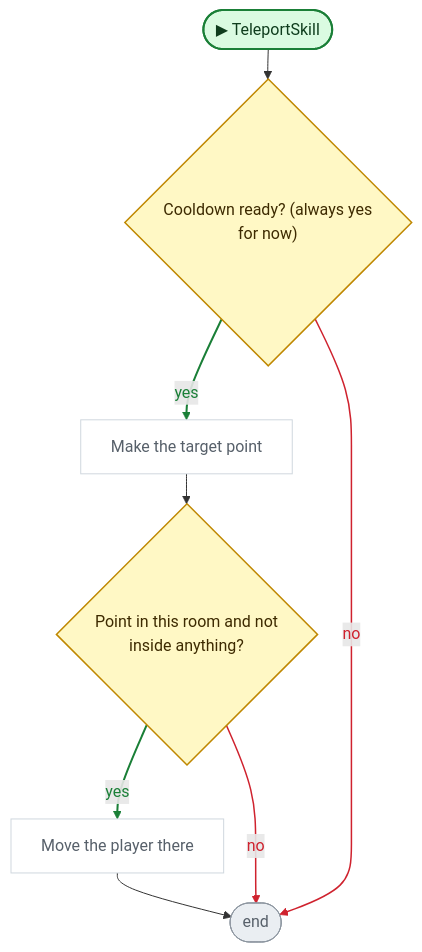
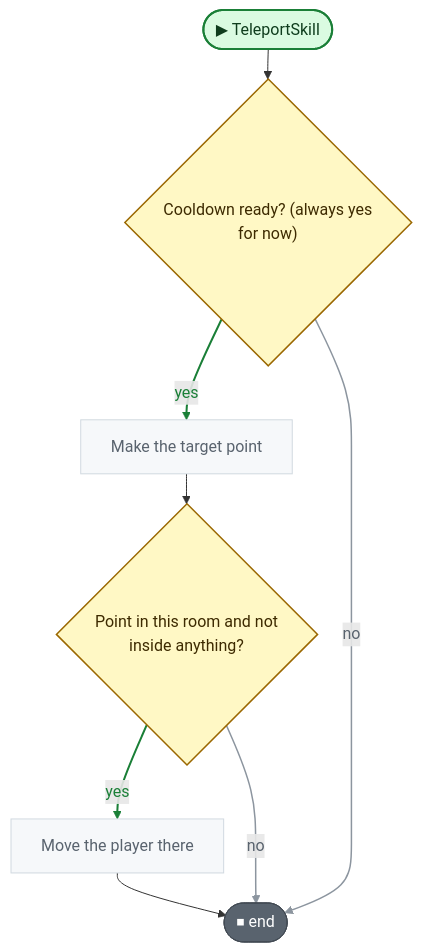
The seventh of 7 diagrams in CodeGraph~/graph/GameManager.cs.md (nataiai/Lord-of-the-Dungeon), drawn with Mermaid before and after one commit. The commit also changed other lines of this file and 57 other files, not shown here.

````diff
--- a/CodeGraph~/graph/GameManager.cs.md
+++ b/CodeGraph~/graph/GameManager.cs.md
@@ -398,45 +417,45 @@
 ```mermaid
 ---
 config:
   flowchart:
     wrappingWidth: 260
     nodeSpacing: 26
     rankSpacing: 30
 ---
 flowchart TD
   nS(["▶ TeleportSkill"])
   n0b2551{"Cooldown ready? (always yes<br>for now)"}
   nceed3c["Make the target point"]
   n7d9437{"Point in this room and not<br>inside anything?"}
   n2d48fa["Move the player there"]
-  nE(["end"])
+  nE(["⏹ end"])
   nS --> n0b2551
   n0b2551 -->|yes| nceed3c
   nceed3c --> n7d9437
   n7d9437 -->|yes| n2d48fa
   n2d48fa --> nE
   n7d9437 -->|no| nE
   n0b2551 -->|no| nE
   linkStyle 1 stroke:#1a7f37,stroke-width:2px,color:#1a7f37
   linkStyle 3 stroke:#1a7f37,stroke-width:2px,color:#1a7f37
-  linkStyle 5 stroke:#cf222e,stroke-width:1.5px,color:#cf222e
-  linkStyle 6 stroke:#cf222e,stroke-width:1.5px,color:#cf222e
+  linkStyle 5 stroke:#8c959f,stroke-width:1.5px,color:#59636e
+  linkStyle 6 stroke:#8c959f,stroke-width:1.5px,color:#59636e
   classDef unity fill:#dafbe1,stroke:#1a7f37,stroke-width:2px,color:#0f3d1d
   classDef start fill:#dafbe1,stroke:#1a7f37,stroke-width:2px,color:#0f3d1d
-  classDef calc fill:#ffffff,stroke:#d0d7de,color:#57606a
+  classDef calc fill:#f6f8fa,stroke:#d1d9e0,color:#59636e
   classDef calls fill:#ddf4ff,stroke:#0969da,stroke-width:2px,color:#0a3069
-  classDef ext fill:#ddf4ff,stroke:#0969da,stroke-width:2px,stroke-dasharray:5 3,color:#0a3069
-  classDef cond fill:#fff8c5,stroke:#bf8700,stroke-width:1.5px,color:#3d2a00
-  classDef loop fill:#f6f8fa,stroke:#57606a,color:#1f2328
-  classDef exit fill:#ffebe9,stroke:#cf222e,color:#82071e
+  classDef ext fill:#f6f8fa,stroke:#59636e,stroke-width:1.5px,stroke-dasharray:5 5,color:#1f2328
+  classDef cond fill:#fff8c5,stroke:#9a6700,stroke-width:1.5px,color:#3d2a00
+  classDef loop fill:#fff8c5,stroke:#9a6700,color:#3d2a00
+  classDef wait fill:#fff8c5,stroke:#9a6700,color:#3d2a00
+  classDef exit fill:#59636e,stroke:#424a53,color:#ffffff
+  classDef fin fill:#59636e,stroke:#424a53,color:#ffffff
+  classDef act fill:#ffffff,stroke:#59636e,stroke-width:1.5px,color:#1f2328
   classDef kill fill:#ffebe9,stroke:#cf222e,stroke-width:2px,color:#82071e
-  classDef spawn fill:#dafbe1,stroke:#1a7f37,stroke-width:2px,color:#0f3d1d
-  classDef wait fill:#fff1e5,stroke:#bc4c00,color:#4d1d00
-  classDef fin fill:#eaeef2,stroke:#8c959f,color:#57606a
   classDef join fill:#d0d7de,stroke:#8c959f,color:#57606a
   classDef ghdr fill:#f5f9ff,stroke:#f5f9ff,color:#0a3069,font-weight:bold
   class nceed3c,n2d48fa calc
   class n0b2551,n7d9437 cond
   class nE fin
   class nS start
 ```
````
